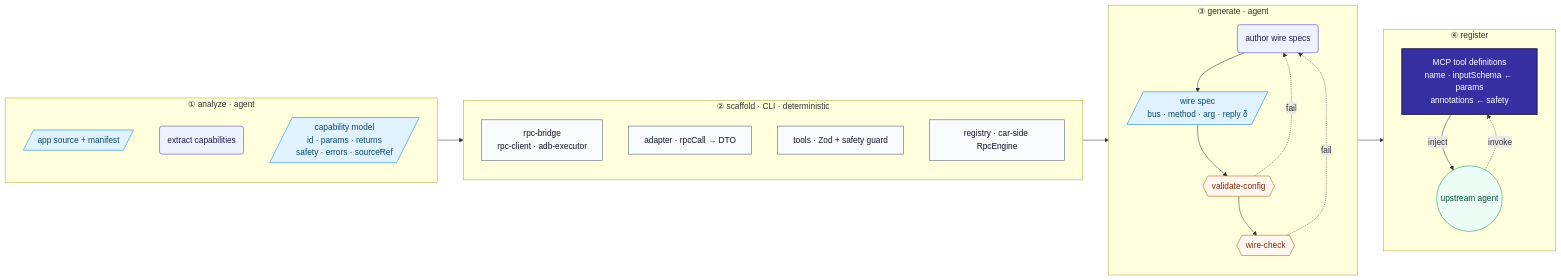
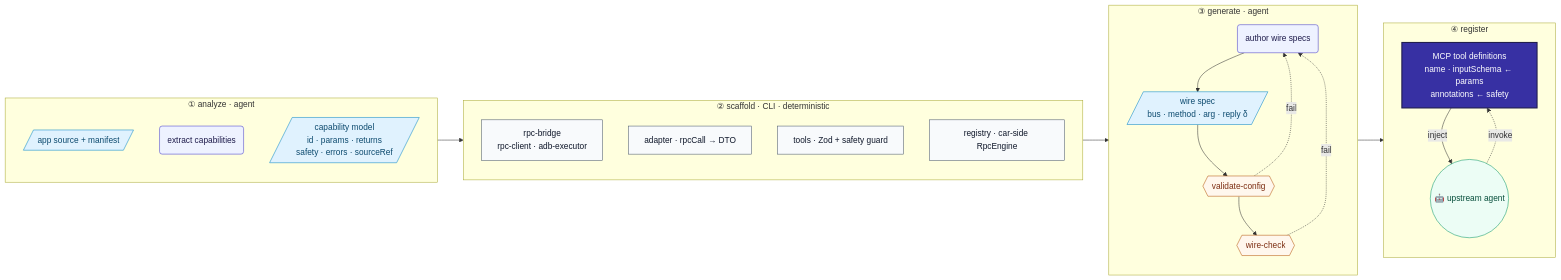
Before and after one commit to MatCaviar/BRIDGE: the first of 2 diagrams in README.md, drawn with Mermaid. The commit also changed other lines of this file, not shown here.

Commit message:
docs(readme): replace ugly actor stick-figure with emoji participant headers (🤖 agent et al.)

````diff
--- a/README.md
+++ b/README.md
@@ -31,48 +31,48 @@
 ```mermaid
 flowchart LR
     classDef data fill:#e0f2fe,stroke:#0284c7,color:#0c4a6e
     classDef agent fill:#eef2ff,stroke:#4338ca,color:#1e1b4b
     classDef cli fill:#f8fafc,stroke:#475569,color:#0f172a
     classDef gate fill:#fff7ed,stroke:#b45309,color:#7c2d12
     classDef schema fill:#3730a3,stroke:#1e1b4b,color:#ffffff,stroke-width:2px
     classDef actor fill:#ecfdf5,stroke:#059669,color:#064e3b
 
     subgraph AN ["① analyze · agent"]
       direction TB
       A1[/app source + manifest/]:::data
       A2("extract capabilities"):::agent
       A3[/"capability model<br/>id · params · returns<br/>safety · errors · sourceRef"/]:::data
     end
 
     subgraph SC ["② scaffold · CLI · deterministic"]
       direction TB
       S1["rpc-bridge<br/>rpc-client · adb-executor"]:::cli
       S2["adapter · rpcCall → DTO"]:::cli
       S3["tools · Zod + safety guard"]:::cli
       S4["registry · car-side RpcEngine"]:::cli
     end
 
     subgraph GN ["③ generate · agent"]
       direction TB
       G1("author wire specs"):::agent
       G2[/"wire spec<br/>bus · method · arg · reply δ"/]:::data
       G3{{"validate-config"}}:::gate
       G4{{"wire-check"}}:::gate
     end
 
     subgraph OUT ["④ register"]
       direction TB
       T1["MCP tool definitions<br/>name · inputSchema ← params<br/>annotations ← safety"]:::schema
-      UP(("upstream agent")):::actor
+      UP(("🤖 upstream agent")):::actor
     end
 
     A3 --> S1
     S4 --> G1
     G1 --> G2 --> G3
     G3 --> G4
     G3 -.->|"fail"| G1
     G4 --> T1
     G4 -.->|"fail"| G1
     T1 -->|"inject"| UP
     UP -.->|"invoke"| T1
 ```
````
